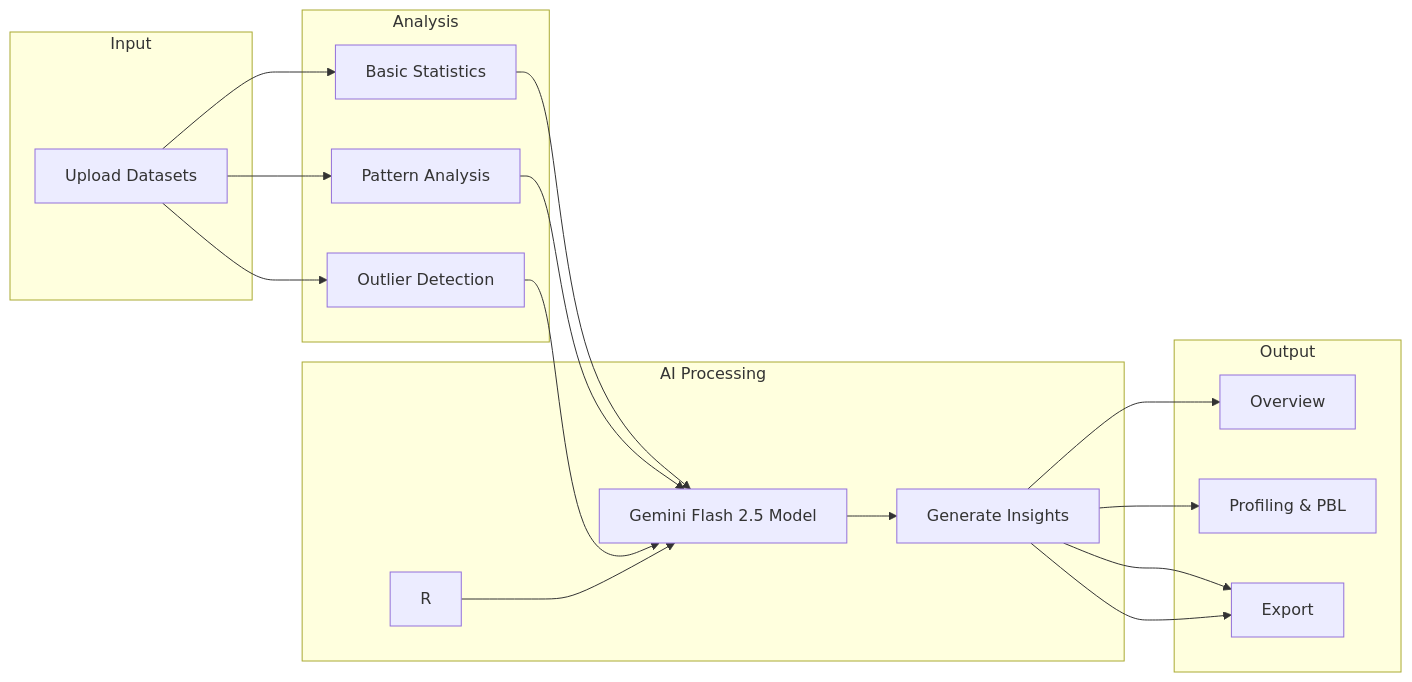
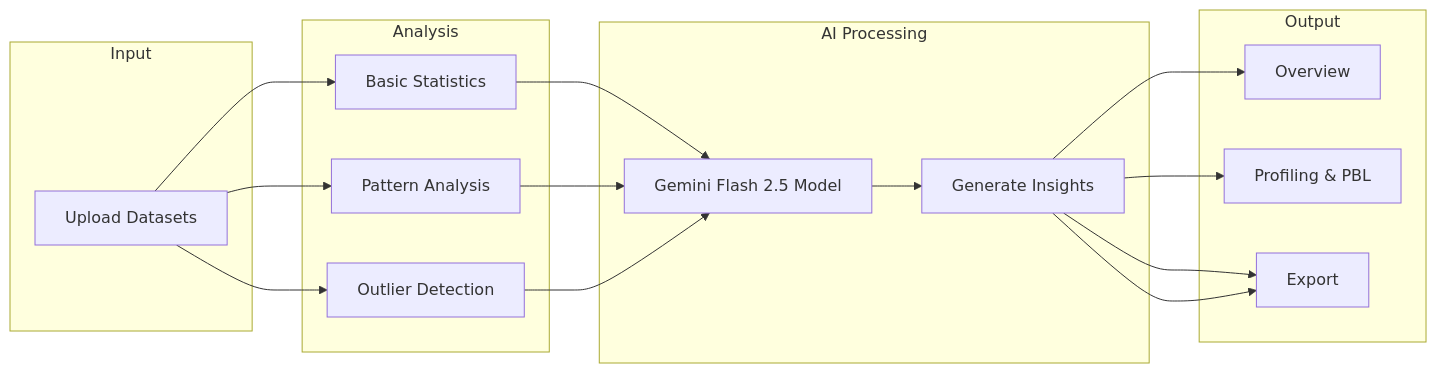
One commit to nishant14763/datalens changed the third of 11 diagrams in presentation.md. Above: the diagram before and after it, drawn with Mermaid.

````diff
--- a/presentation.md
+++ b/presentation.md
@@ -53,27 +53,26 @@
 ```mermaid
 graph LR
     subgraph Input
         U[Upload Datasets]
     end
     
     subgraph Analysis
         U --> B[Basic Statistics]
         U --> P[Pattern Analysis]
         U --> O[Outlier Detection]
     end
     
     subgraph AI Processing
         B --> AI[Gemini Flash 2.5 Model]
         P --> AI
         O --> AI
-        R --> AI
         AI --> I[Generate Insights]
     end
     
     subgraph Output
         I --> VIZ[Overview]
         I --> S[Profiling & PBL ]
         I --> BL[Chat Assistant]
         I --> BL[Export]
     end
 ```
````
